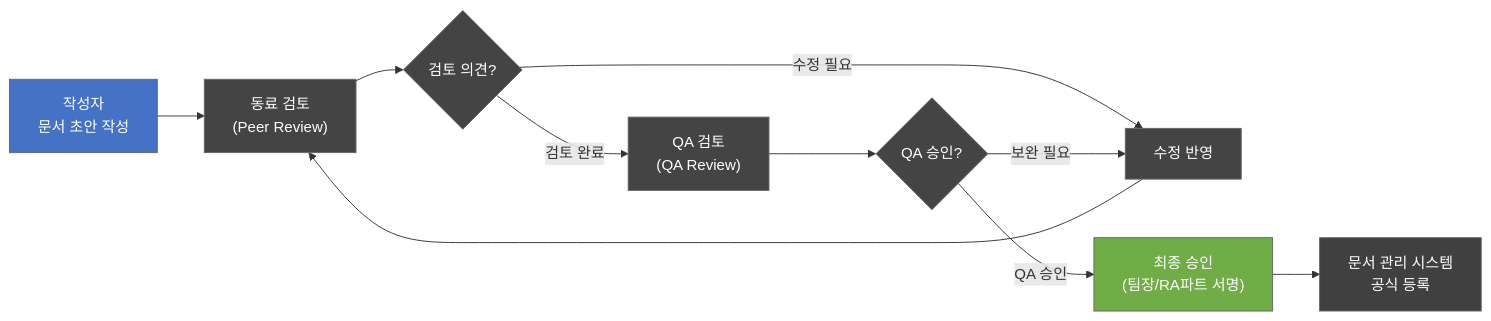
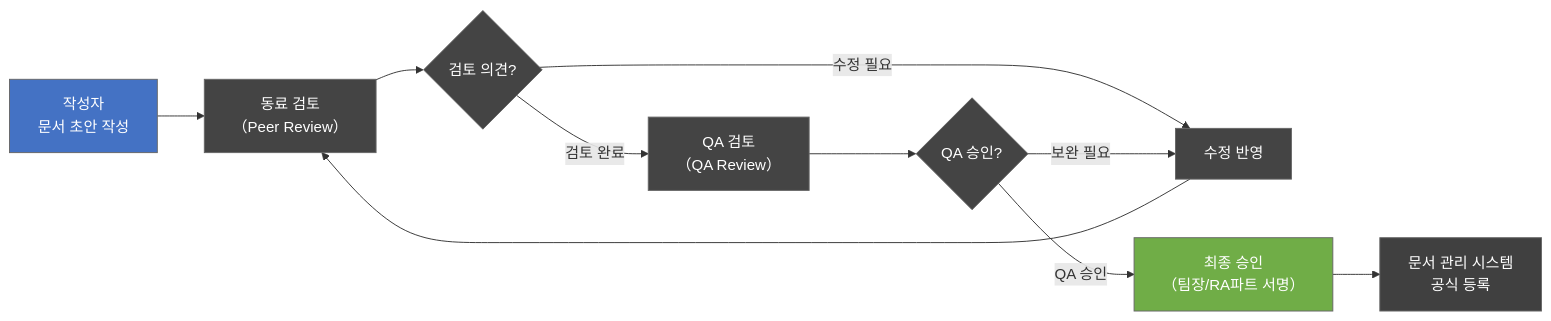
One commit to holee9/console-gui changed diagram 12 of 13 in docs/management/DOC-003_SW_Development_Guideline_v1.0.md. Above: the diagram before and after it, drawn with Mermaid. The commit also changed other lines of this file and 22 other files, not shown here.

First line of the commit message:
fix: Mermaid flowchart 노드 내 괄호 파싱 오류 전면 수정

````diff
--- a/docs/management/DOC-003_SW_Development_Guideline_v1.0.md
+++ b/docs/management/DOC-003_SW_Development_Guideline_v1.0.md
@@ -1174,17 +1174,17 @@
 ```mermaid
 flowchart LR
     classDef default fill:#444,stroke:#666,color:#fff
-    A["작성자<br/>문서 초안 작성"] --> B["동료 검토<br/>(Peer Review)"]
+    A["작성자<br/>문서 초안 작성"] --> B["동료 검토<br/>（Peer Review）"]
     B --> C{검토 의견?}
     C -->|"수정 필요"| D["수정 반영"]
     D --> B
-    C -->|"검토 완료"| E["QA 검토<br/>(QA Review)"]
+    C -->|"검토 완료"| E["QA 검토<br/>（QA Review）"]
     E --> F{QA 승인?}
     F -->|"보완 필요"| D
-    F -->|"QA 승인"| G["최종 승인<br/>(팀장/RA파트 서명)"]
+    F -->|"QA 승인"| G["최종 승인<br/>（팀장/RA파트 서명）"]
     G --> H["문서 관리 시스템<br/>공식 등록"]
 
     style A fill:#4472C4,color:#fff
     style G fill:#70AD47,color:#fff
     style H fill:#404040,color:#fff
 ```
````
